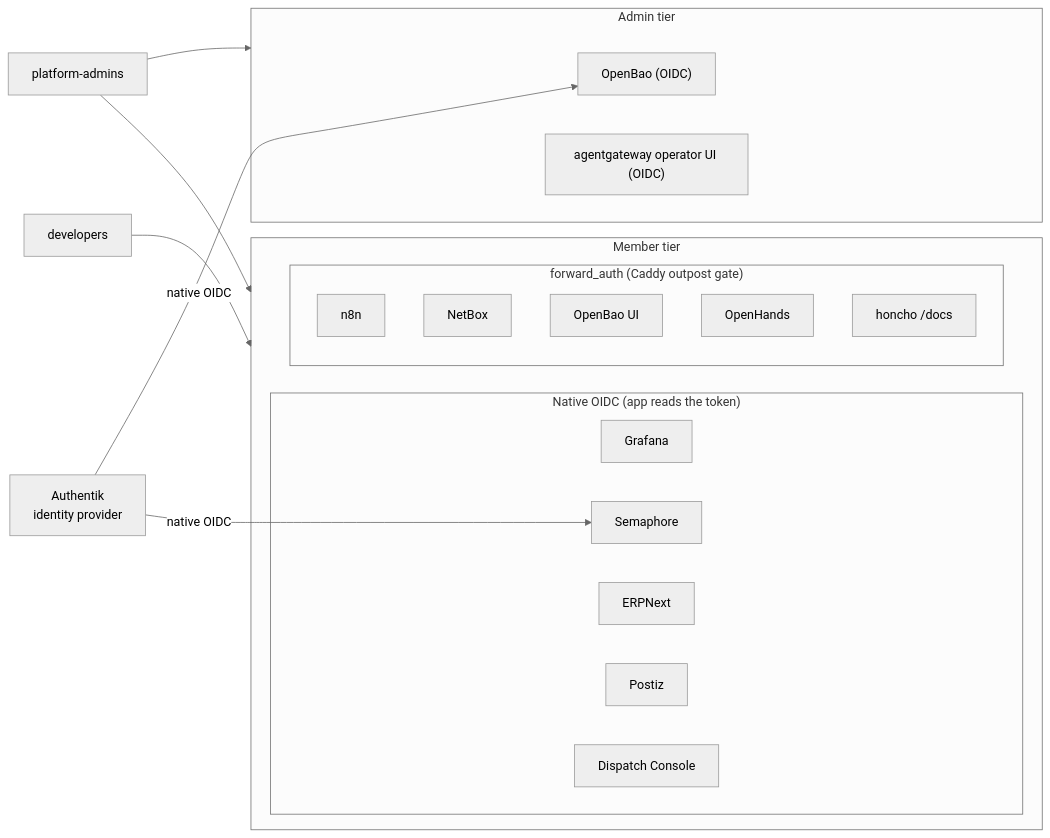
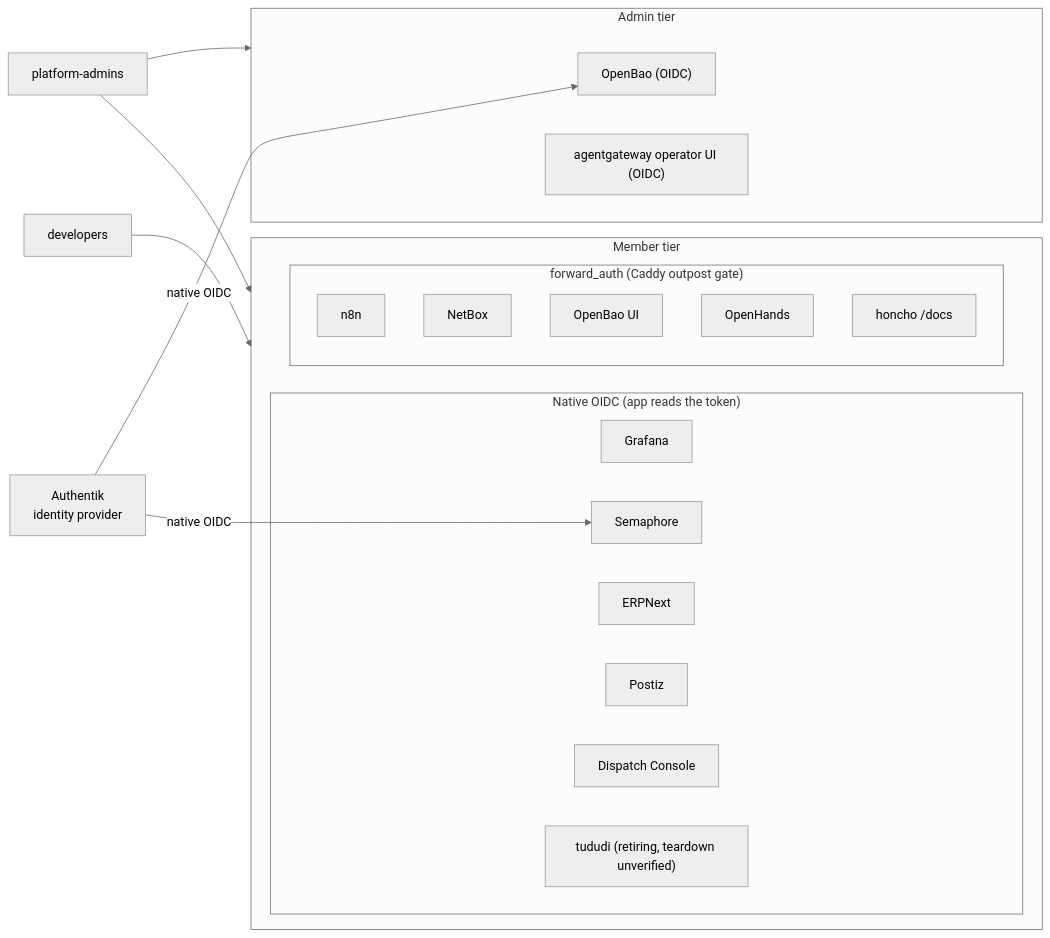
The second of 10 diagrams in plan/architecture/service-architecture.md (uhstray-io/agent-cloud), drawn with Mermaid (neutral theme) before and after one commit. The commit also changed other lines of this file and 9 other files, not shown here.

````diff
--- a/plan/architecture/service-architecture.md
+++ b/plan/architecture/service-architecture.md
@@ -185,29 +185,30 @@
 ```mermaid
 flowchart LR
     AK["Authentik<br/>identity provider"]
     ADMINS["platform-admins"] --> MEMBER
     DEVS["developers"] --> MEMBER
     ADMINS --> ADMIN
     subgraph MEMBER["Member tier"]
         subgraph OIDC_M["Native OIDC (app reads the token)"]
             M1["Grafana"]
             M2["Semaphore"]
             M3["ERPNext"]
             M4["Postiz"]
             M5["Dispatch Console"]
+            M6["tududi (retiring, teardown unverified)"]
         end
         subgraph FA_M["forward_auth (Caddy outpost gate)"]
             F1["n8n"]
             F2["NetBox"]
             F3["OpenBao UI"]
             F4["OpenHands"]
             F5["honcho /docs"]
         end
     end
     subgraph ADMIN["Admin tier"]
         A1["OpenBao (OIDC)"]
         A2["agentgateway operator UI (OIDC)"]
     end
     AK -->|"native OIDC"| M2
     AK -->|"native OIDC"| A1
 ```
````
